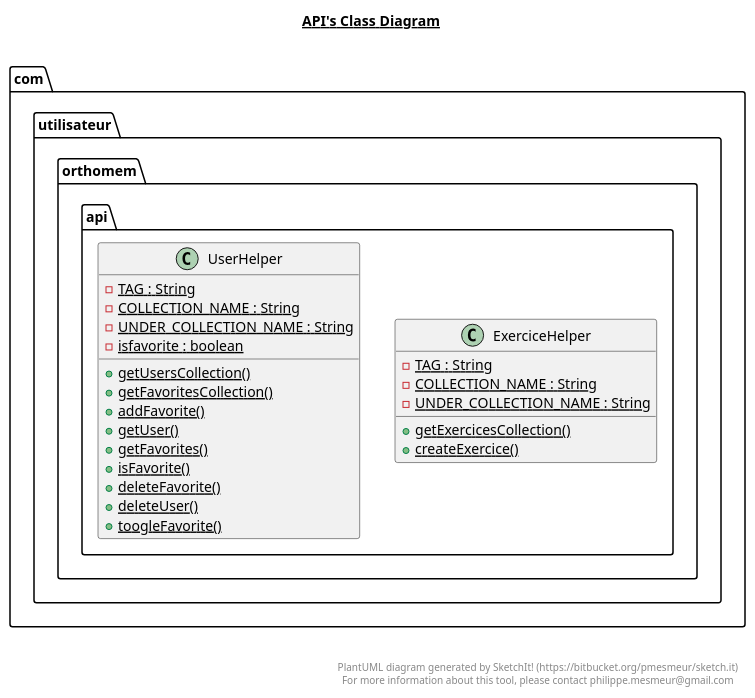
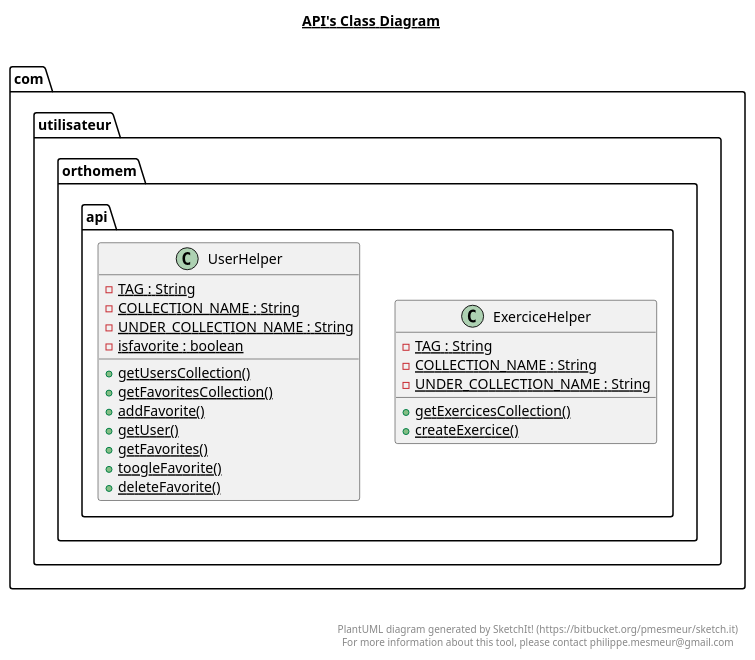
Before and after one commit to rv25oc/orthomem: the diagram in app/src/main/java/com/utilisateur/orthomem/api/api.plantuml, drawn with PlantUML. The commit also changed 23 other files, not shown here.

```diff
--- a/app/src/main/java/com/utilisateur/orthomem/api/api.plantuml
+++ b/app/src/main/java/com/utilisateur/orthomem/api/api.plantuml
@@ -1,48 +1,46 @@
 @startuml
 
 title __API's Class Diagram__\n
 
   package com.utilisateur.orthomem {
     package com.utilisateur.orthomem.api {
       class ExerciceHelper {
           {static} - TAG : String
           {static} - COLLECTION_NAME : String
           {static} - UNDER_COLLECTION_NAME : String
           {static} + getExercicesCollection()
           {static} + createExercice()
       }
     }
   }
   
 
   package com.utilisateur.orthomem {
     package com.utilisateur.orthomem.api {
       class UserHelper {
           {static} - TAG : String
           {static} - COLLECTION_NAME : String
           {static} - UNDER_COLLECTION_NAME : String
           {static} - isfavorite : boolean
           {static} + getUsersCollection()
           {static} + getFavoritesCollection()
           {static} + addFavorite()
           {static} + getUser()
           {static} + getFavorites()
-          {static} + isFavorite()
+          {static} + toogleFavorite()
           {static} + deleteFavorite()
-          {static} + deleteUser()
-          {static} + toogleFavorite()
       }
     }
   }
   
 
 
 
 right footer
 
 
 PlantUML diagram generated by SketchIt! (https://bitbucket.org/pmesmeur/sketch.it)
 For more information about this tool, please contact philippe.mesmeur@gmail.com
 endfooter
 
 @enduml
```
